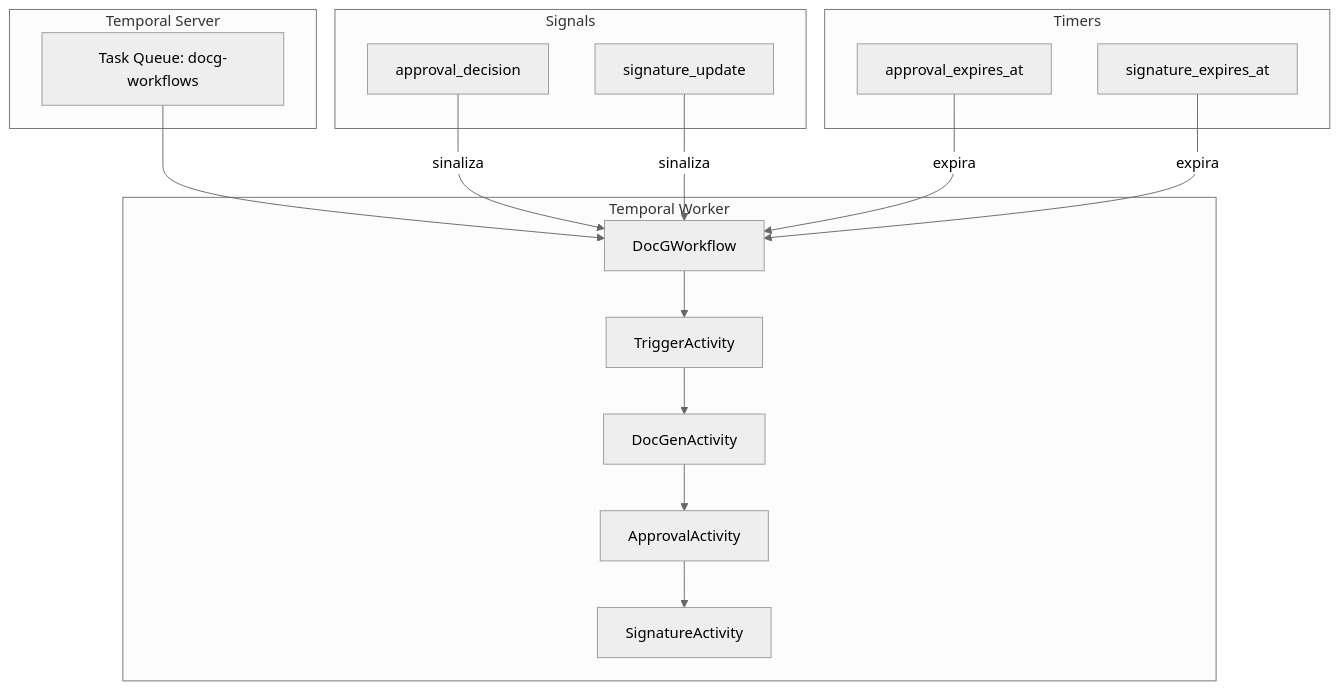
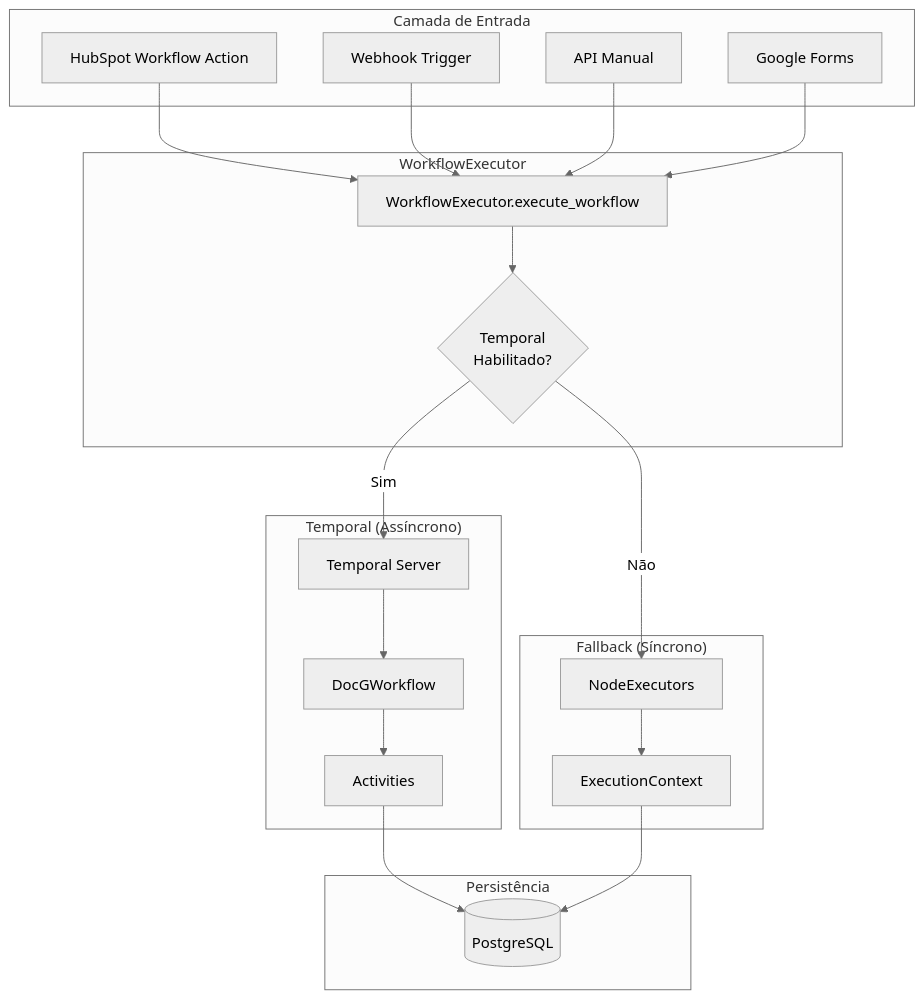
One commit to eduals/docg-backend changed the first of 6 diagrams in WORKFLOW_EXECUTION_ANALYSIS.md. Above: the diagram before and after it, drawn with Mermaid (neutral theme). The commit also changed other lines of this file and 12 other files, not shown here.

First line of the commit message:
Enhance document template management and integrate Google Forms support

````diff
--- a/WORKFLOW_EXECUTION_ANALYSIS.md
+++ b/WORKFLOW_EXECUTION_ANALYSIS.md
@@ -138,29 +45,37 @@
 ```mermaid
-graph TB
-    subgraph "Temporal Server"
-        TS[Task Queue: docg-workflows]
+flowchart TB
+    subgraph "Camada de Entrada"
+        A1[HubSpot Workflow Action]
+        A2[Webhook Trigger]
+        A3[API Manual]
+        A4[Google Forms]
     end
     
-    subgraph "Temporal Worker"
-        W[DocGWorkflow]
-        A1[TriggerActivity]
-        A2[DocGenActivity]
-        A3[ApprovalActivity]
-        A4[SignatureActivity]
+    subgraph "WorkflowExecutor"
+        B[WorkflowExecutor.execute_workflow]
+        B1{Temporal<br/>Habilitado?}
     end
     
-    subgraph "Signals"
-        S1[approval_decision]
-        S2[signature_update]
+    subgraph "Temporal (Assíncrono)"
+        T1[Temporal Server]
+        T2[DocGWorkflow]
+        T3[Activities]
     end
     
-    subgraph "Timers"
-        T1[approval_expires_at]
-        T2[signature_expires_at]
+    subgraph "Fallback (Síncrono)"
+        F1[NodeExecutors]
+        F2[ExecutionContext]
     end
     
-    TS --> W
-    W --> A1 --> A2 --> A3 --> A4
-    S1 & S2 -->|sinaliza| W
-    T1 & T2 -->|expira| W
+    subgraph "Persistência"
+        DB[(PostgreSQL)]
+    end
+    
+    A1 & A2 & A3 & A4 --> B
+    B --> B1
+    B1 -->|Sim| T1
+    B1 -->|Não| F1
+    T1 --> T2 --> T3
+    T3 --> DB
+    F1 --> F2 --> DB
 ```
````
